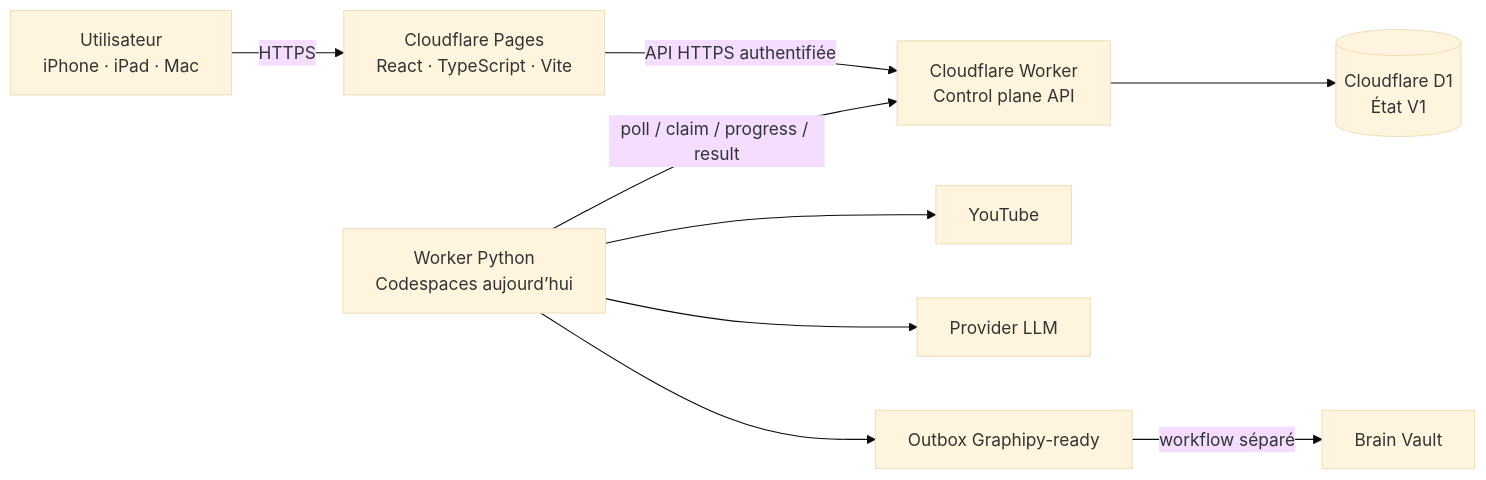
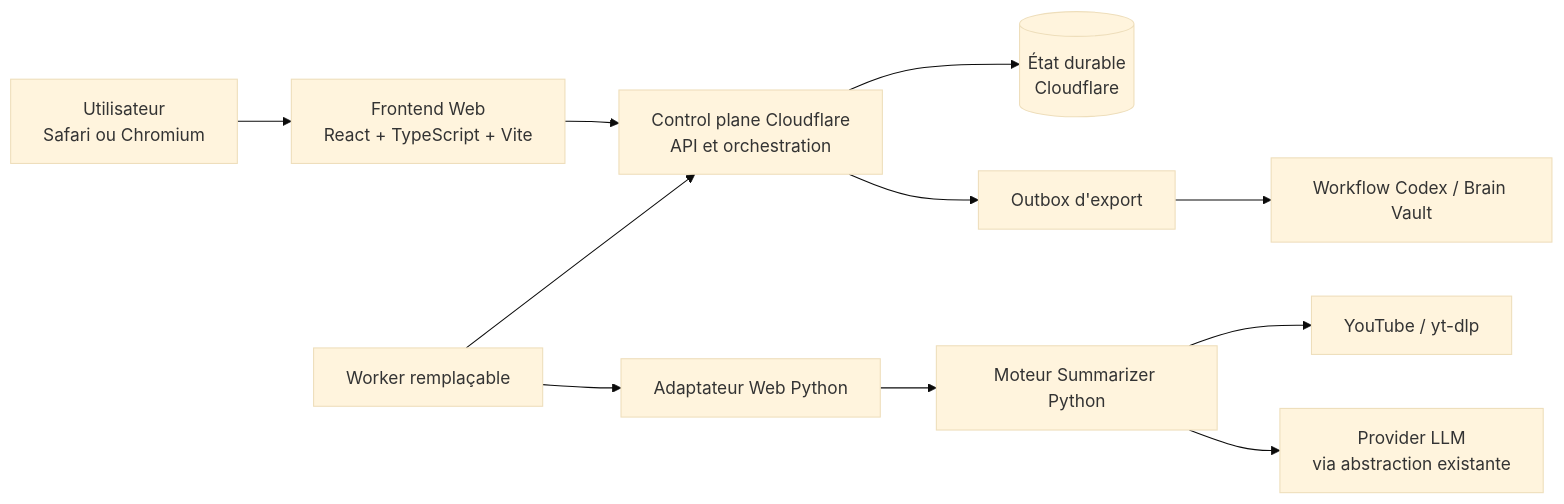
The first of 3 diagrams in docs/WEB_V1_ARCHITECTURE.md (Insular2895/summarizer), drawn with Mermaid (base theme) before and after one commit. The commit also changed other lines of this file and 124 other files, not shown here.

Commit message:
feat: prepare Transcript local UI and SaaS roadmap

````diff
--- a/docs/WEB_V1_ARCHITECTURE.md
+++ b/docs/WEB_V1_ARCHITECTURE.md
@@ -97,21 +39,25 @@
 ```mermaid
 flowchart LR
-    U[Utilisateur\niPhone · iPad · Mac]
-    P[Cloudflare Pages\nReact · TypeScript · Vite]
-    A[Cloudflare Worker\nControl plane API]
-    D[(Cloudflare D1\nÉtat V1)]
-    W[Worker Python\nCodespaces aujourd’hui]
-    Y[YouTube]
-    L[Provider LLM]
-    O[Outbox Graphipy-ready]
-    B[Brain Vault]
+    U[Utilisateur<br/>Safari ou Chromium]
+    F[Frontend Web<br/>React + TypeScript + Vite]
+    C[Control plane Cloudflare<br/>API et orchestration]
+    S[(État durable<br/>Cloudflare)]
+    W[Worker remplaçable]
+    A[Adaptateur Web Python]
+    P[Moteur Summarizer Python]
+    Y[YouTube / yt-dlp]
+    L[Provider LLM<br/>via abstraction existante]
+    O[Outbox d'export]
+    B[Workflow Codex / Brain Vault]
 
-    U -->|HTTPS| P
-    P -->|API HTTPS authentifiée| A
-    A --> D
-    W -->|poll / claim / progress / result| A
-    W --> Y
-    W --> L
-    W --> O
-    O -->|workflow séparé| B
+    U --> F
+    F --> C
+    C --> S
+    W --> C
+    W --> A
+    A --> P
+    P --> Y
+    P --> L
+    C --> O
+    O --> B
 ```
````
